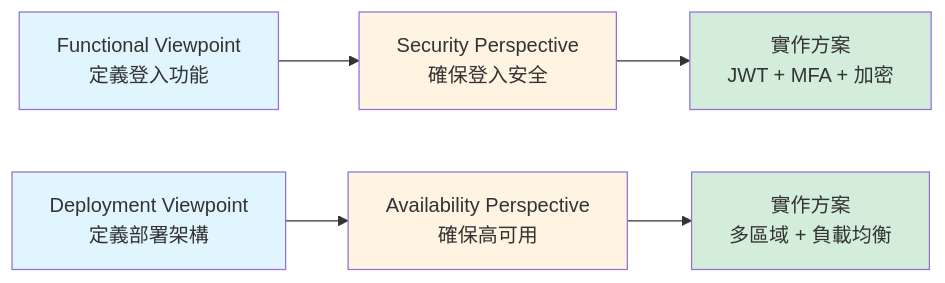
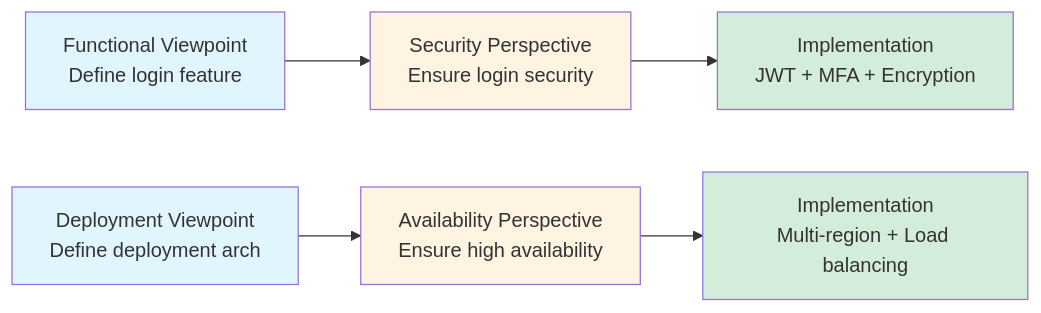
Before and after one commit to humank/genai-demo: the second of 3 diagrams in docs/rozanski-woods-methodology-guide.md, drawn with Mermaid. The commit also changed other lines of this file, not shown here.

````diff
--- a/docs/rozanski-woods-methodology-guide.md
+++ b/docs/rozanski-woods-methodology-guide.md
@@ -151,15 +151,15 @@
 ```mermaid
 graph LR
-    A[Functional Viewpoint<br/>定義登入功能] --> B[Security Perspective<br/>確保登入安全]
-    B --> C[實作方案<br/>JWT + MFA + 加密]
+    A[Functional Viewpoint<br/>Define login feature] --> B[Security Perspective<br/>Ensure login security]
+    B --> C[Implementation<br/>JWT + MFA + Encryption]
     
-    D[Deployment Viewpoint<br/>定義部署架構] --> E[Availability Perspective<br/>確保高可用]
-    E --> F[實作方案<br/>多區域 + 負載均衡]
+    D[Deployment Viewpoint<br/>Define deployment arch] --> E[Availability Perspective<br/>Ensure high availability]
+    E --> F[Implementation<br/>Multi-region + Load balancing]
     
     style A fill:#e1f5ff
     style D fill:#e1f5ff
     style B fill:#fff4e1
     style E fill:#fff4e1
     style C fill:#d4edda
     style F fill:#d4edda
 ```
````
